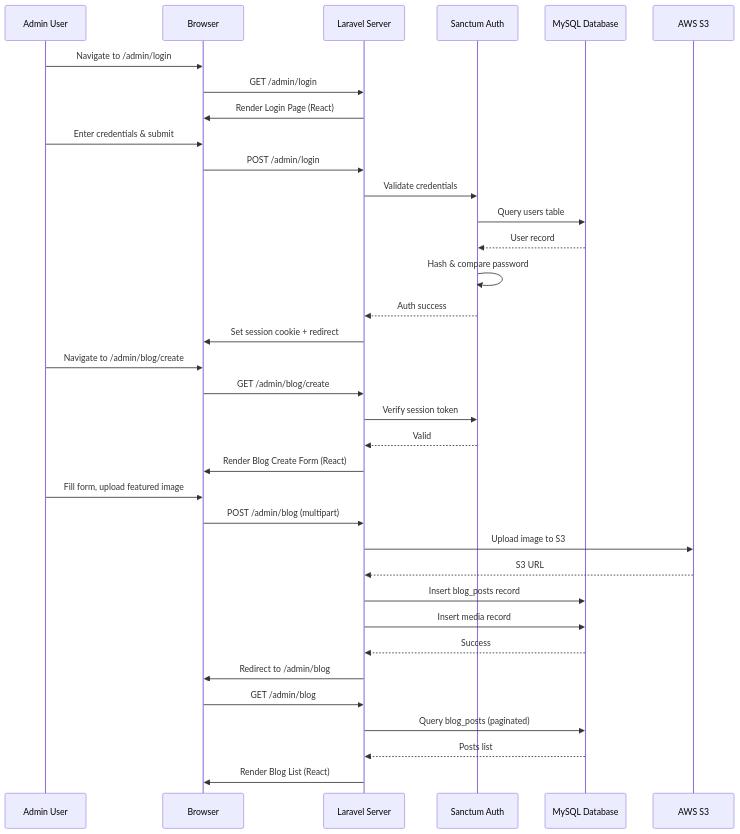
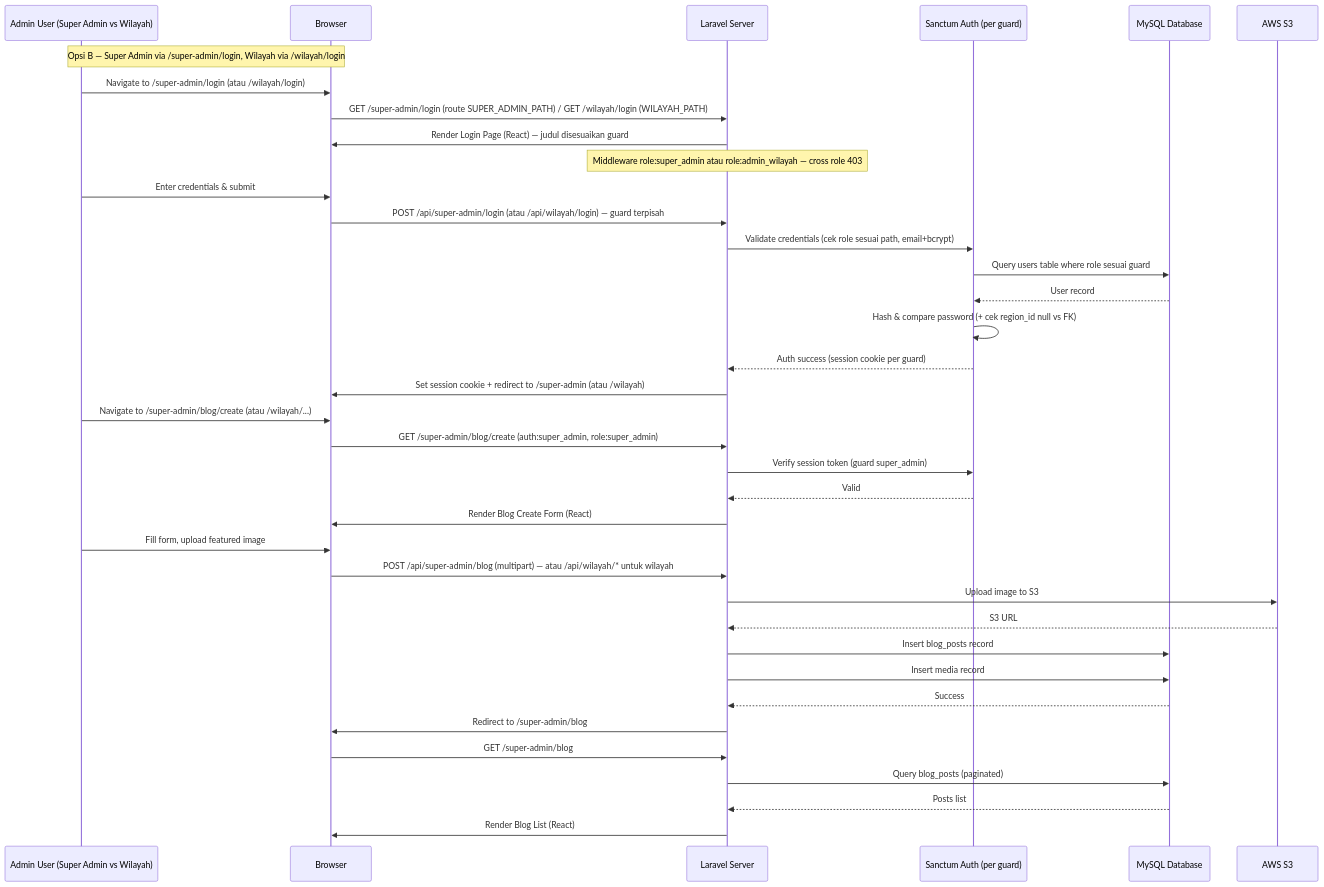
The second of 5 diagrams in prd-profilkorp/ARCHITECTURE.md (radacore/absensi-pu), drawn with Mermaid before and after one commit. The commit also changed other lines of this file and 14 other files, not shown here.

First line of the commit message:
feat(admin): pisah url super-admin dan wilayah opsi b

````diff
--- a/prd-profilkorp/ARCHITECTURE.md
+++ b/prd-profilkorp/ARCHITECTURE.md
@@ -154,41 +158,43 @@
 ```mermaid
 sequenceDiagram
-    participant Admin as Admin User
+    participant Admin as Admin User (Super Admin vs Wilayah)
     participant Browser as Browser
     participant Laravel as Laravel Server
-    participant Sanctum as Sanctum Auth
+    participant Sanctum as Sanctum Auth (per guard)
     participant DB as MySQL Database
     participant S3 as AWS S3
     
-    Admin->>Browser: Navigate to /admin/login
-    Browser->>Laravel: GET /admin/login
-    Laravel->>Browser: Render Login Page (React)
+    Note over Admin,Browser: Opsi B — Super Admin via /super-admin/login, Wilayah via /wilayah/login
+    Admin->>Browser: Navigate to /super-admin/login (atau /wilayah/login)
+    Browser->>Laravel: GET /super-admin/login (route SUPER_ADMIN_PATH) / GET /wilayah/login (WILAYAH_PATH)
+    Laravel->>Browser: Render Login Page (React) — judul disesuaikan guard
+    Note over Laravel: Middleware role:super_admin atau role:admin_wilayah — cross role 403
     
     Admin->>Browser: Enter credentials & submit
-    Browser->>Laravel: POST /admin/login
-    Laravel->>Sanctum: Validate credentials
-    Sanctum->>DB: Query users table
+    Browser->>Laravel: POST /api/super-admin/login (atau /api/wilayah/login) — guard terpisah
+    Laravel->>Sanctum: Validate credentials (cek role sesuai path, email+bcrypt)
+    Sanctum->>DB: Query users table where role sesuai guard
     DB-->>Sanctum: User record
-    Sanctum->>Sanctum: Hash & compare password
-    Sanctum-->>Laravel: Auth success
-    Laravel->>Browser: Set session cookie + redirect
+    Sanctum->>Sanctum: Hash & compare password (+ cek region_id null vs FK)
+    Sanctum-->>Laravel: Auth success (session cookie per guard)
+    Laravel->>Browser: Set session cookie + redirect to /super-admin (atau /wilayah)
     
-    Admin->>Browser: Navigate to /admin/blog/create
-    Browser->>Laravel: GET /admin/blog/create
-    Laravel->>Sanctum: Verify session token
+    Admin->>Browser: Navigate to /super-admin/blog/create (atau /wilayah/...)
+    Browser->>Laravel: GET /super-admin/blog/create (auth:super_admin, role:super_admin)
+    Laravel->>Sanctum: Verify session token (guard super_admin)
     Sanctum-->>Laravel: Valid
     Laravel->>Browser: Render Blog Create Form (React)
     
     Admin->>Browser: Fill form, upload featured image
-    Browser->>Laravel: POST /admin/blog (multipart)
+    Browser->>Laravel: POST /api/super-admin/blog (multipart) — atau /api/wilayah/* untuk wilayah
     Laravel->>S3: Upload image to S3
     S3-->>Laravel: S3 URL
     Laravel->>DB: Insert blog_posts record
     Laravel->>DB: Insert media record
     DB-->>Laravel: Success
-    Laravel->>Browser: Redirect to /admin/blog
-    Browser->>Laravel: GET /admin/blog
+    Laravel->>Browser: Redirect to /super-admin/blog
+    Browser->>Laravel: GET /super-admin/blog
     Laravel->>DB: Query blog_posts (paginated)
     DB-->>Laravel: Posts list
     Laravel->>Browser: Render Blog List (React)
 ```
````
